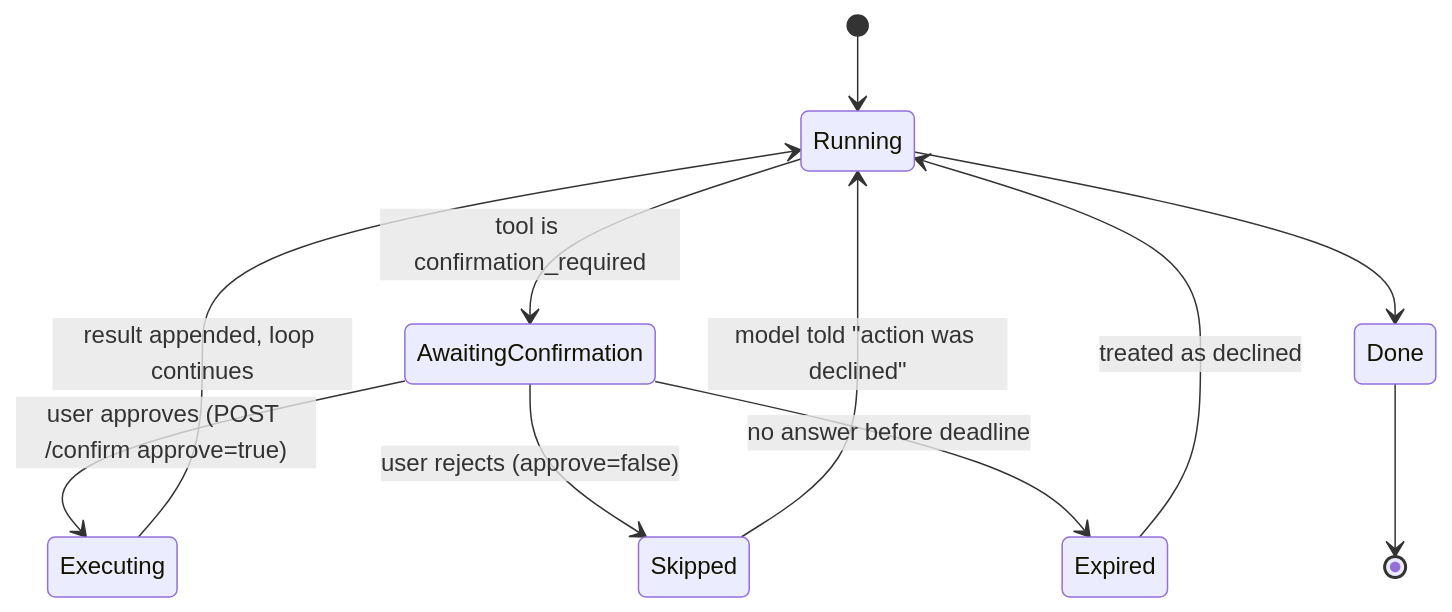
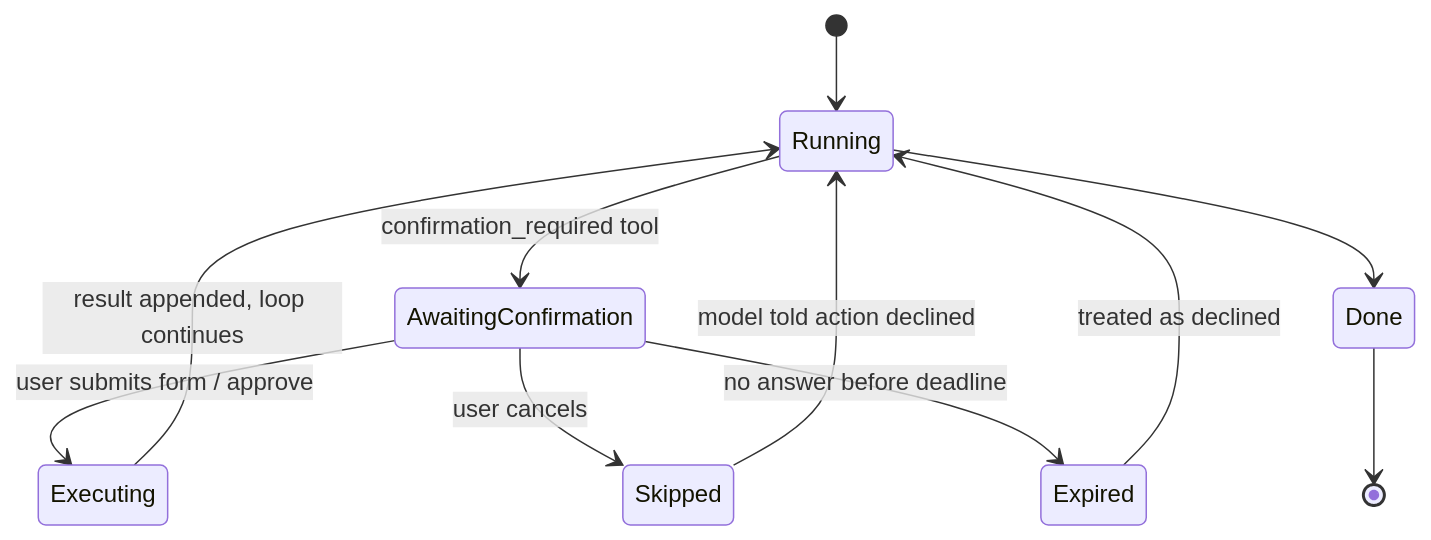
One commit to EladWebiks/Read-To-Me-V3-RTMLLM changed the diagram in docs/llm-planning/04-hitl.md. Above: the diagram before and after it, drawn with Mermaid. The commit also changed other lines of this file and 257 other files, not shown here.

````diff
--- a/docs/llm-planning/04-hitl.md
+++ b/docs/llm-planning/04-hitl.md
@@ -22,13 +74,13 @@
 ```mermaid
 stateDiagram-v2
     [*] --> Running
-    Running --> AwaitingConfirmation: tool is confirmation_required
-    AwaitingConfirmation --> Executing: user approves (POST /confirm approve=true)
-    AwaitingConfirmation --> Skipped: user rejects (approve=false)
+    Running --> AwaitingConfirmation: confirmation_required tool
+    AwaitingConfirmation --> Executing: user submits form / approve
+    AwaitingConfirmation --> Skipped: user cancels
     AwaitingConfirmation --> Expired: no answer before deadline
     Executing --> Running: result appended, loop continues
-    Skipped --> Running: model told "action was declined"
+    Skipped --> Running: model told action declined
     Expired --> Running: treated as declined
     Running --> Done
     Done --> [*]
 ```
````
